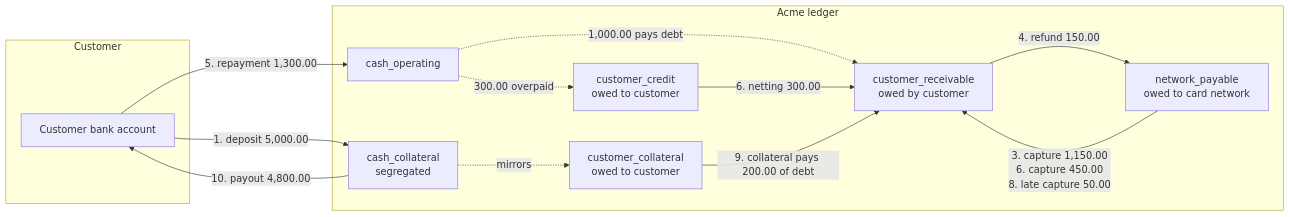
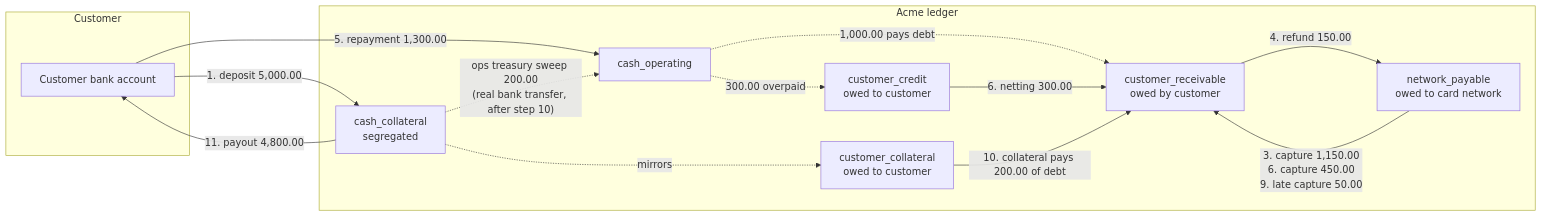
The first of 2 diagrams in docs/money-flow.md (hacu9/beloz-challenge), drawn with Mermaid before and after one commit. The commit also changed other lines of this file and 3 other files, not shown here.

First line of the commit message:
docs: money-flow names the treasury sweep and proves freeze moves no money

````diff
--- a/docs/money-flow.md
+++ b/docs/money-flow.md
@@ -22,24 +22,25 @@
 ```mermaid
 flowchart LR
   subgraph Customer["Customer"]
     CB[Customer bank account]
   end
   subgraph Acme["Acme ledger"]
     CC[cash_collateral<br/>segregated]
     CO[cash_operating]
     COL[customer_collateral<br/>owed to customer]
     REC[customer_receivable<br/>owed by customer]
     CR[customer_credit<br/>owed to customer]
     NP[network_payable<br/>owed to card network]
   end
   CB -- "1. deposit 5,000.00" --> CC
   CC -. "mirrors" .-> COL
-  NP -- "3. capture 1,150.00<br/>6. capture 450.00<br/>8. late capture 50.00" --> REC
+  NP -- "3. capture 1,150.00<br/>6. capture 450.00<br/>9. late capture 50.00" --> REC
   REC -- "4. refund 150.00" --> NP
   CB -- "5. repayment 1,300.00" --> CO
   CO -. "1,000.00 pays debt" .-> REC
   CO -. "300.00 overpaid" .-> CR
   CR -- "6. netting 300.00" --> REC
-  COL -- "9. collateral pays 200.00 of debt" --> REC
-  CC -- "10. payout 4,800.00" --> CB
+  COL -- "10. collateral pays 200.00 of debt" --> REC
+  CC -. "ops treasury sweep 200.00<br/>(real bank transfer, after step 10)" .-> CO
+  CC -- "11. payout 4,800.00" --> CB
 ```
````
